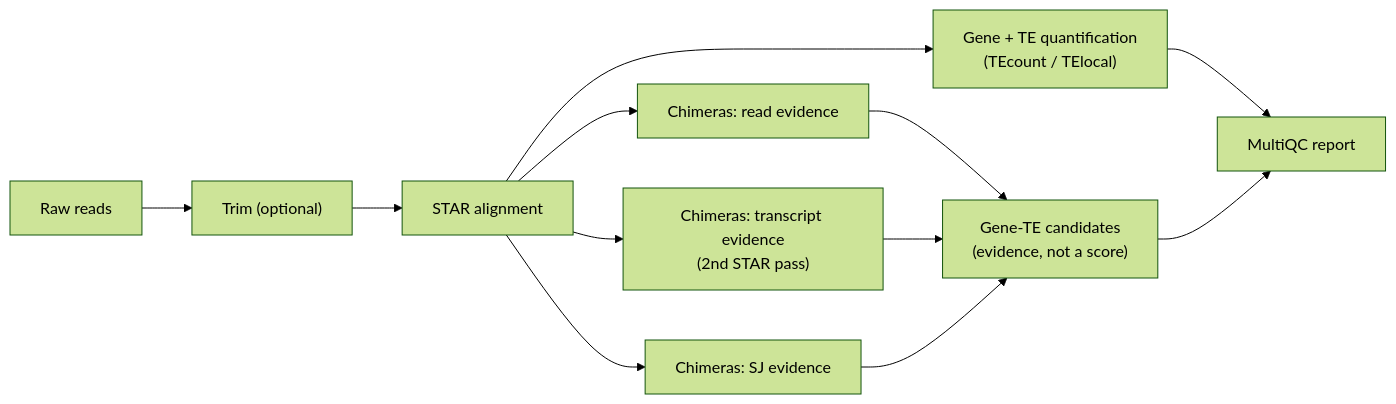
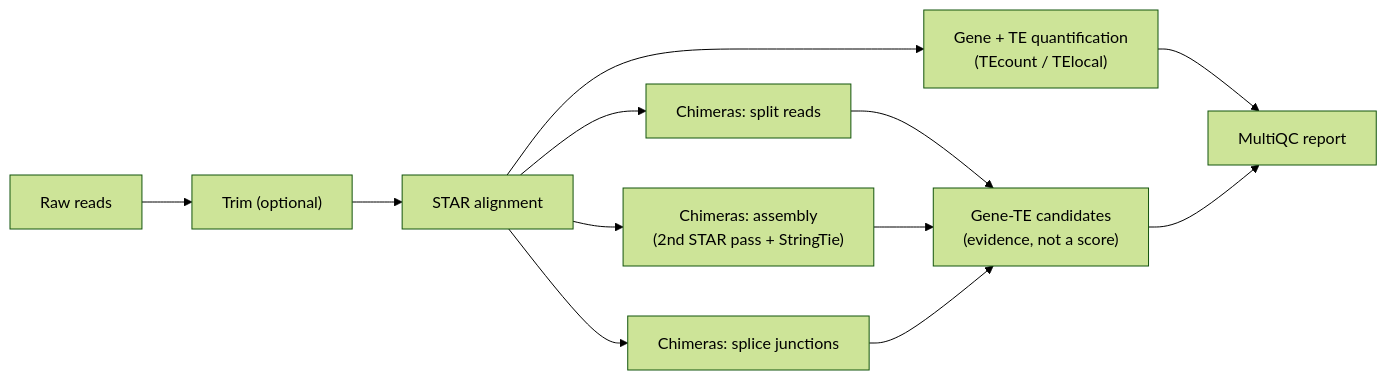
Before and after one commit to altintasali/TEpipe: the diagram in README.md, drawn with Mermaid (forest theme). The commit also changed other lines of this file and 4 other files, not shown here.

````diff
--- a/README.md
+++ b/README.md
@@ -14,14 +16,14 @@
 ```mermaid
 flowchart LR
     reads["Raw reads"] --> trim["Trim (optional)"]
     trim --> align["STAR alignment"]
     align --> quant["Gene + TE quantification<br/>(TEcount / TElocal)"]
-    align --> rdev["Chimeras: read evidence"]
-    align --> asm["Chimeras: transcript evidence<br/>(2nd STAR pass)"]
-    align --> sjdev["Chimeras: SJ evidence"]
+    align --> rdev["Chimeras: split reads"]
+    align --> asm["Chimeras: assembly<br/>(2nd STAR pass + StringTie)"]
+    align --> sjdev["Chimeras: splice junctions"]
     rdev --> cand["Gene-TE candidates<br/>(evidence, not a score)"]
     asm --> cand
     sjdev --> cand
     quant --> report["MultiQC report"]
     cand --> report
 ```
````
